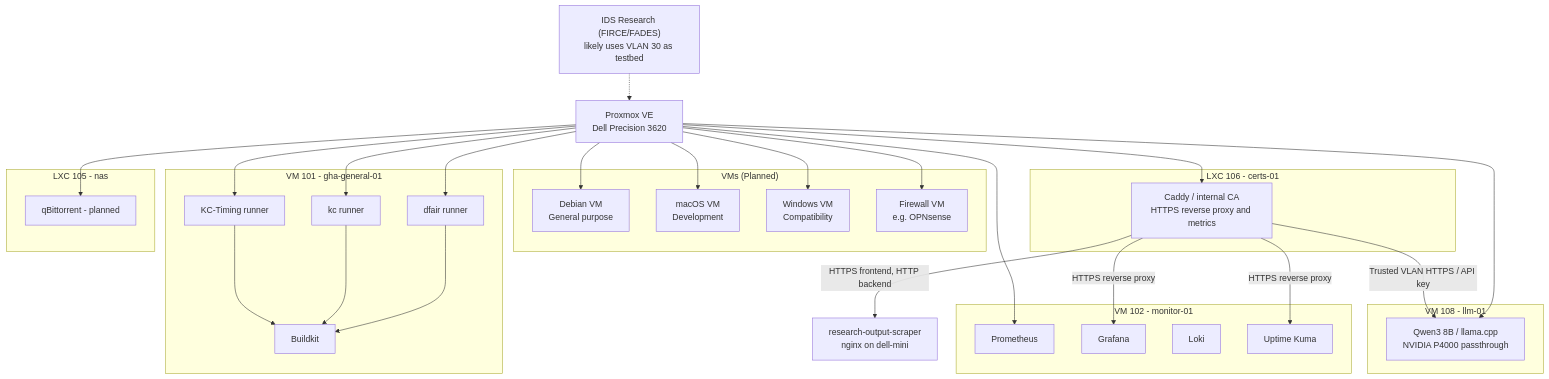
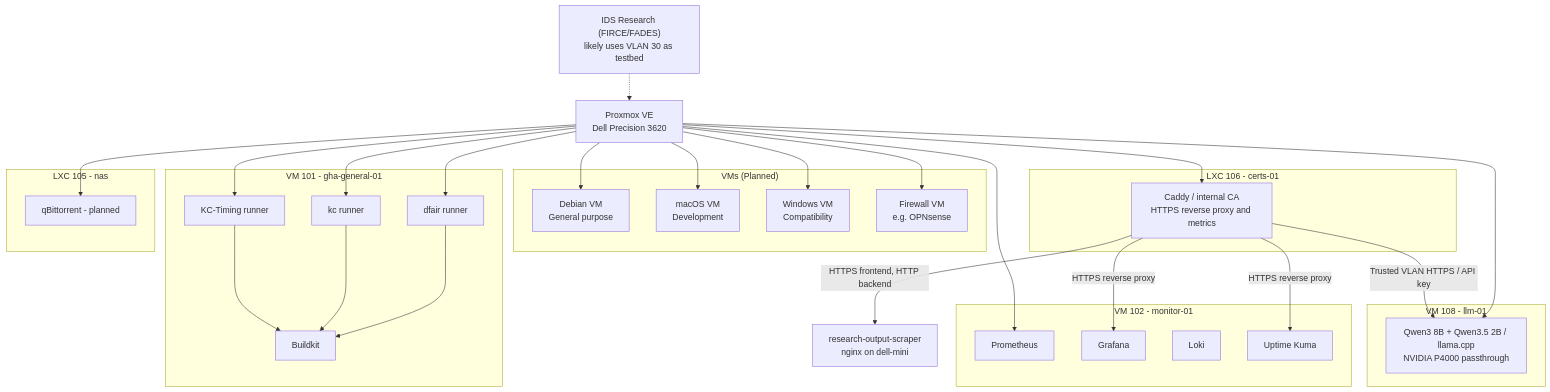
The diagram in docs/services/README.md (sethbarrett50/home_lab_docs), drawn with Mermaid before and after one commit. The commit also changed other lines of this file, not shown here.

Commit message:
docs: refresh docs/services/README.md for live Hermes and dual LLM services

````diff
--- a/docs/services/README.md
+++ b/docs/services/README.md
@@ -24,60 +25,60 @@
 ```mermaid
 graph TD
     PVE[Proxmox VE\nDell Precision 3620]
 
     subgraph "VMs (Planned)"
         DEBIAN[Debian VM\nGeneral purpose]
         MACOS[macOS VM\nDevelopment]
         WIN[Windows VM\nCompatibility]
         FW[Firewall VM\ne.g. OPNsense]
     end
 
     subgraph "VM 101 - gha-general-01"
         GHA1[dfair runner]
         GHA3[kc runner]
         GHA4[KC-Timing runner]
         BK[Buildkit]
     end
 
     subgraph "VM 102 - monitor-01"
         PROM[Prometheus]
         GRAF[Grafana]
         LOKI[Loki]
         KUMA[Uptime Kuma]
     end
 
     subgraph "VM 108 - llm-01"
-        LLM[Qwen3 8B / llama.cpp\nNVIDIA P4000 passthrough]
+        LLM[Qwen3 8B + Qwen3.5 2B / llama.cpp\nNVIDIA P4000 passthrough]
     end
 
     subgraph "LXC 106 - certs-01"
         CADDY[Caddy / internal CA\nHTTPS reverse proxy and metrics]
     end
 
     subgraph "LXC 105 - nas"
         QB[qBittorrent - planned]
     end
 
     PVE --> DEBIAN
     PVE --> MACOS
     PVE --> WIN
     PVE --> FW
     PVE --> GHA1
     PVE --> GHA3
     PVE --> GHA4
     GHA1 --> BK
     GHA3 --> BK
     GHA4 --> BK
     PVE --> PROM
     PVE --> QB
     PVE --> CADDY
     PVE --> LLM
     CADDY -->|Trusted VLAN HTTPS / API key| LLM
     CADDY -->|HTTPS reverse proxy| GRAF
     CADDY -->|HTTPS reverse proxy| KUMA
     LEADERBOARD[research-output-scraper\nnginx on dell-mini] 
     CADDY -->|HTTPS frontend, HTTP backend| LEADERBOARD
 
     IDS["IDS Research (FIRCE/FADES)\nlikely uses VLAN 30 as testbed"]
     IDS -.-> PVE
 ```
````
